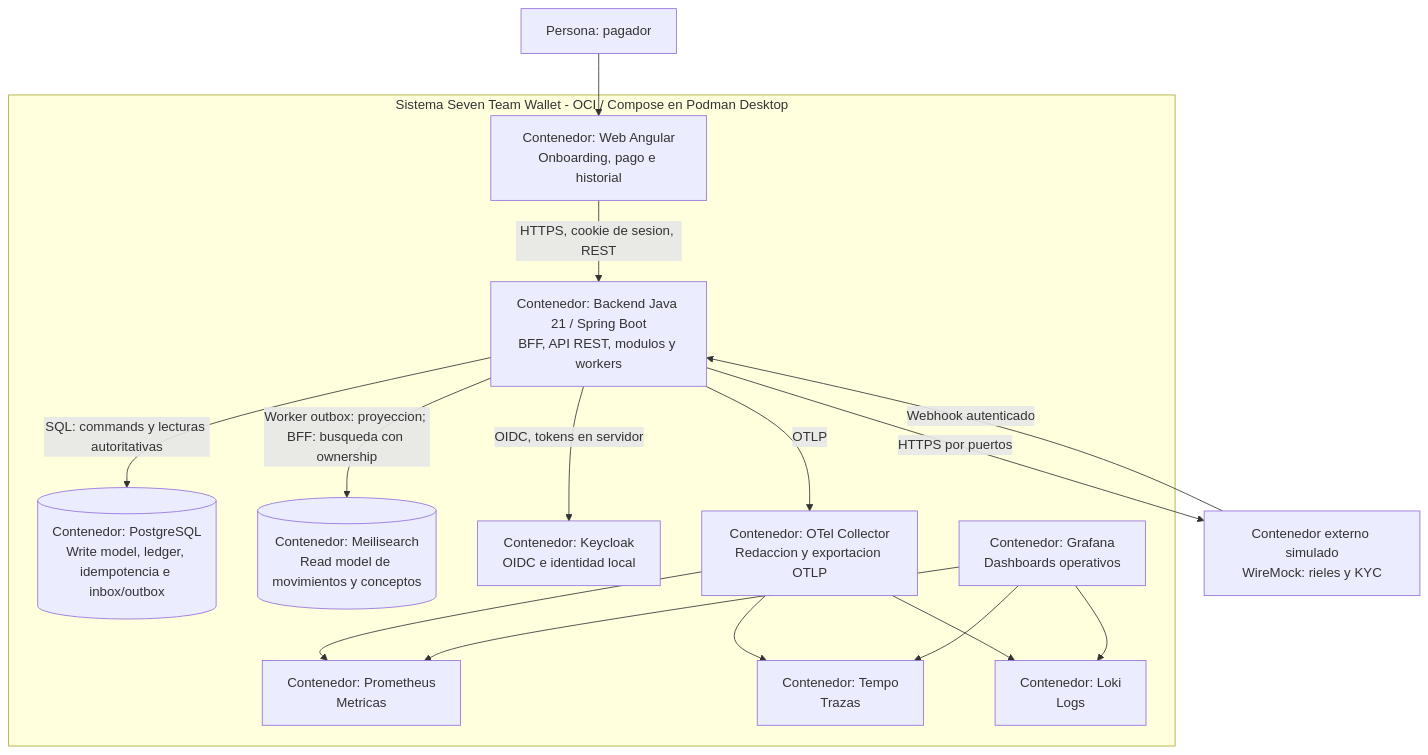
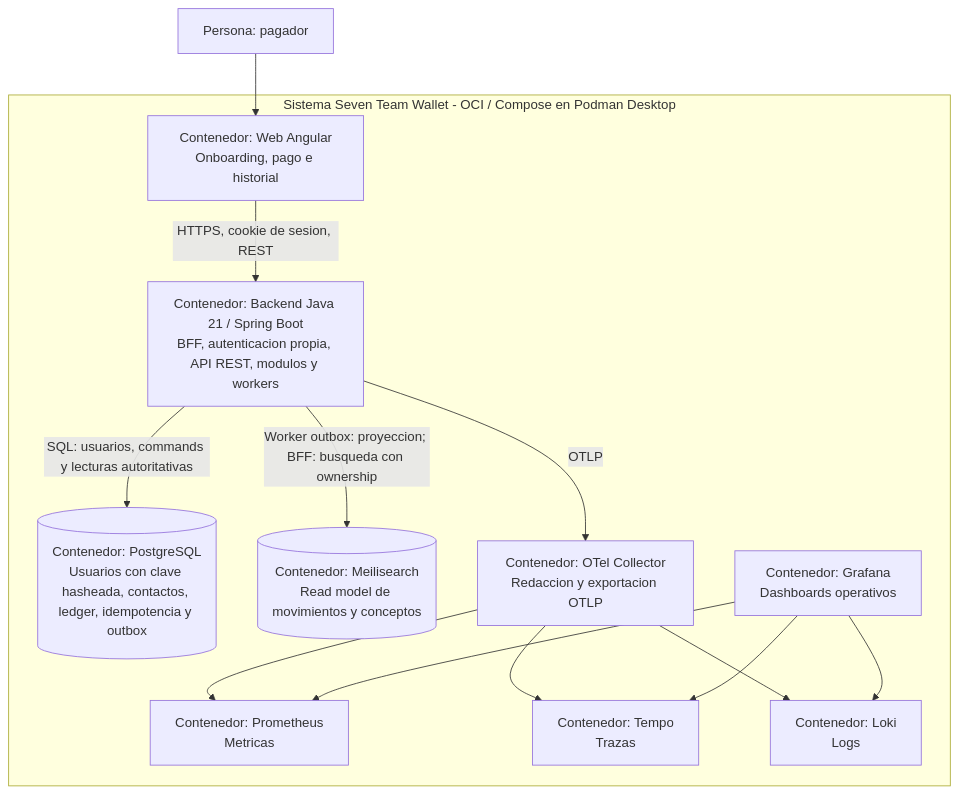
One commit to GianCalderon/feature-wallet-mvp changed the second of 3 diagrams in architecture/c4/README.md. Above: the diagram before and after it, drawn with Mermaid. The commit also changed other lines of this file and 62 other files, not shown here.

````diff
--- a/architecture/c4/README.md
+++ b/architecture/c4/README.md
@@ -26,31 +23,26 @@
 ```mermaid
 flowchart TB
     users["Persona: pagador"]
     subgraph boundary["Sistema Seven Team Wallet - OCI / Compose en Podman Desktop"]
         web["Contenedor: Web Angular\nOnboarding, pago e historial"]
-        api["Contenedor: Backend Java 21 / Spring Boot\nBFF, API REST, modulos y workers"]
-        db[("Contenedor: PostgreSQL\nWrite model, ledger, idempotencia e inbox/outbox")]
+        api["Contenedor: Backend Java 21 / Spring Boot\nBFF, autenticacion propia, API REST, modulos y workers"]
+        db[("Contenedor: PostgreSQL\nUsuarios con clave hasheada, contactos, ledger, idempotencia y outbox")]
         search[("Contenedor: Meilisearch\nRead model de movimientos y conceptos")]
-        oidc["Contenedor: Keycloak\nOIDC e identidad local"]
         collector["Contenedor: OTel Collector\nRedaccion y exportacion OTLP"]
         metrics["Contenedor: Prometheus\nMetricas"]
         traces["Contenedor: Tempo\nTrazas"]
         logs["Contenedor: Loki\nLogs"]
         grafana["Contenedor: Grafana\nDashboards operativos"]
     end
-    sims["Contenedor externo simulado\nWireMock: rieles y KYC"]
     users --> web
     web -->|"HTTPS, cookie de sesion, REST"| api
-    api -->|"OIDC, tokens en servidor"| oidc
-    api -->|"SQL: commands y lecturas autoritativas"| db
+    api -->|"SQL: usuarios, commands y lecturas autoritativas"| db
     api -->|"Worker outbox: proyeccion; BFF: busqueda con ownership"| search
-    api -->|"HTTPS por puertos"| sims
-    sims -->|"Webhook autenticado"| api
     api -->|"OTLP"| collector
     collector --> metrics
     collector --> traces
     collector --> logs
     grafana --> metrics
     grafana --> traces
     grafana --> logs
 ```
````
